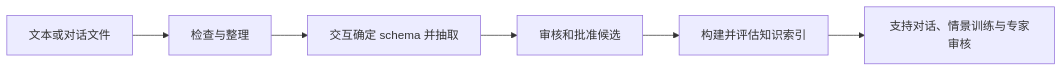
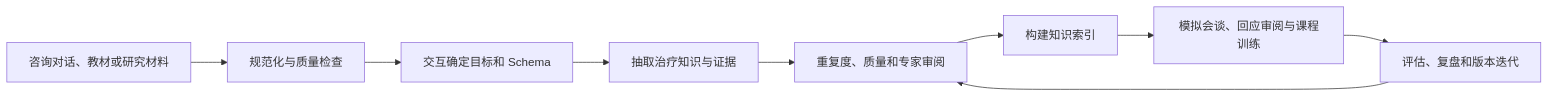
The diagram in README.zh.md (roytian1992/TheraSkillAgent), drawn with Mermaid before and after one commit. The commit also changed other lines of this file and 34 other files, not shown here.

````diff
--- a/README.zh.md
+++ b/README.zh.md
@@ -39,8 +24,11 @@
 ```mermaid
 flowchart LR
-  A[文本或对话文件] --> B[检查与整理]
-  B --> C[交互确定 schema 并抽取]
-  C --> D[审核和批准候选]
-  D --> E[构建并评估知识索引]
-  E --> F[支持对话、情景训练与专家审核]
+  A[咨询对话、教材或研究材料] --> B[规范化与质量检查]
+  B --> C[交互确定目标和 Schema]
+  C --> D[抽取治疗知识与证据]
+  D --> E[重复度、质量和专家审阅]
+  E --> F[构建知识索引]
+  F --> G[模拟会谈、回应审阅与课程训练]
+  G --> H[评估、复盘和版本迭代]
+  H --> E
 ```
````
